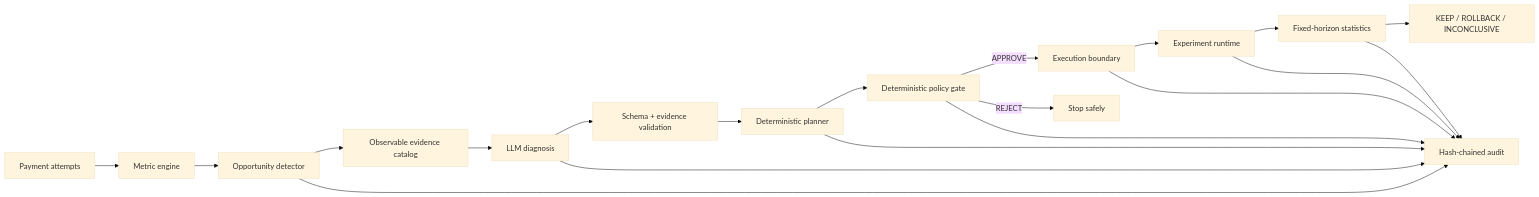
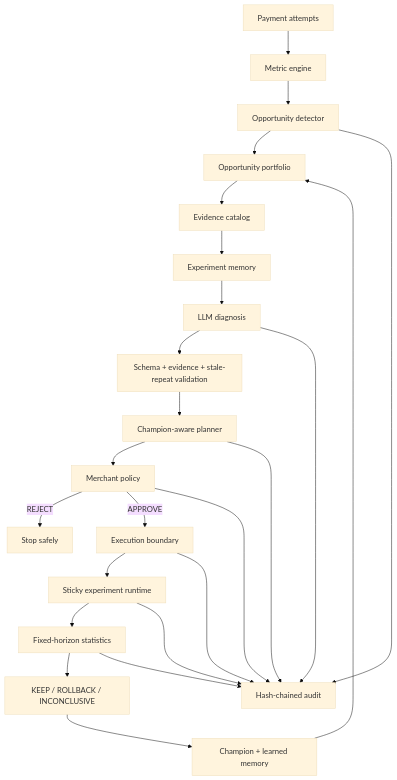
Before and after one commit to harsh2025-sketch/razorpay-merchant-revenue-autopilot: the diagram in README.md, drawn with Mermaid (base theme). The commit also changed other lines of this file and 5 other files, not shown here.

````diff
--- a/README.md
+++ b/README.md
@@ -53,22 +128,26 @@
 ```mermaid
-flowchart LR
+flowchart TD
     A[Payment attempts] --> B[Metric engine]
     B --> C[Opportunity detector]
-    C --> D[Observable evidence catalog]
-    D --> E[LLM diagnosis]
-    E --> F[Schema + evidence validation]
-    F --> G[Deterministic planner]
-    G --> H[Deterministic policy gate]
-    H -->|APPROVE| I[Execution boundary]
-    H -->|REJECT| J[Stop safely]
-    I --> K[Experiment runtime]
-    K --> L[Fixed-horizon statistics]
-    L --> M[KEEP / ROLLBACK / INCONCLUSIVE]
-    C --> N[Hash-chained audit]
-    E --> N
-    G --> N
-    H --> N
-    I --> N
-    K --> N
-    L --> N
+    C --> D[Opportunity portfolio]
+    D --> E[Evidence catalog]
+    E --> F[Experiment memory]
+    F --> G[LLM diagnosis]
+    G --> H[Schema + evidence + stale-repeat validation]
+    H --> I[Champion-aware planner]
+    I --> J[Merchant policy]
+    J -->|REJECT| K[Stop safely]
+    J -->|APPROVE| L[Execution boundary]
+    L --> M[Sticky experiment runtime]
+    M --> N[Fixed-horizon statistics]
+    N --> O[KEEP / ROLLBACK / INCONCLUSIVE]
+    O --> P[Champion + learned memory]
+    P --> D
+    C --> Q[Hash-chained audit]
+    G --> Q
+    I --> Q
+    J --> Q
+    L --> Q
+    M --> Q
+    N --> Q
 ```
````
